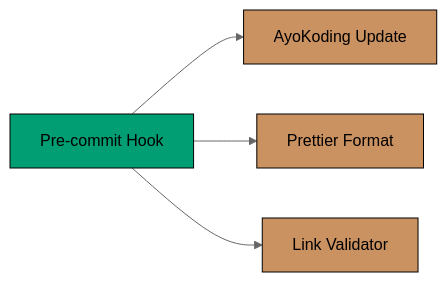
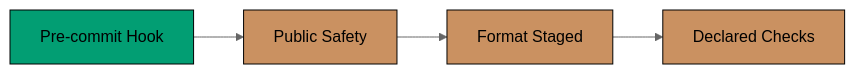
The second of 4 diagrams in docs/reference/system-architecture/ci-cd.md (wahidyankf/ose-public), drawn with Mermaid (neutral theme) before and after one commit. The commit also changed other lines of this file and 33 other files, not shown here.

````diff
--- a/docs/reference/system-architecture/ci-cd.md
+++ b/docs/reference/system-architecture/ci-cd.md
@@ -47,18 +47,18 @@
 ```mermaid
 graph LR
     accTitle: CI/CD Pipeline Overview 2
-    accDescr: Pre-commit Hook leads to AyoKoding Update; Pre-commit Hook leads to Prettier Format; Pre-commit Hook leads to Link Validator.
+    accDescr: Pre-commit Hook leads to Public Safety; Public Safety leads to Format Staged; Format Staged leads to Declared Checks.
     PRE_COMMIT[Pre-commit Hook]
-    AYOKODING[AyoKoding Update]
-    PRETTIER[Prettier Format]
-    LINK_VAL[Link Validator]
+    SAFETY[Public Safety]
+    FORMAT[Format Staged]
+    CHECKS[Declared Checks]
 
-    PRE_COMMIT --> AYOKODING
-    PRE_COMMIT --> PRETTIER
-    PRE_COMMIT --> LINK_VAL
+    PRE_COMMIT --> SAFETY
+    SAFETY --> FORMAT
+    FORMAT --> CHECKS
 
     classDef teal fill:#029E73,stroke:#000000,color:#000000
     classDef brown fill:#CA9161,stroke:#000000,color:#000000
     class PRE_COMMIT teal
-    class PRETTIER,AYOKODING,LINK_VAL brown
+    class SAFETY,FORMAT,CHECKS brown
 ```
````
